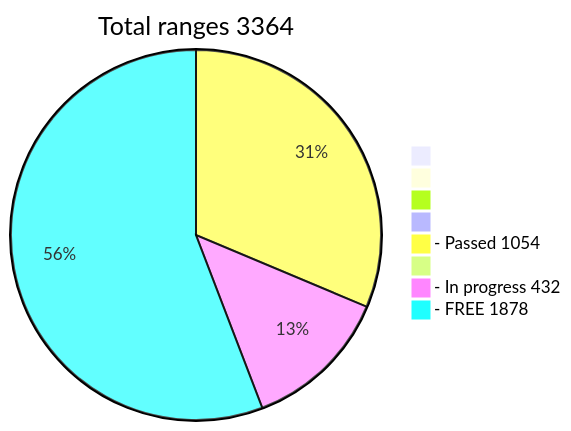
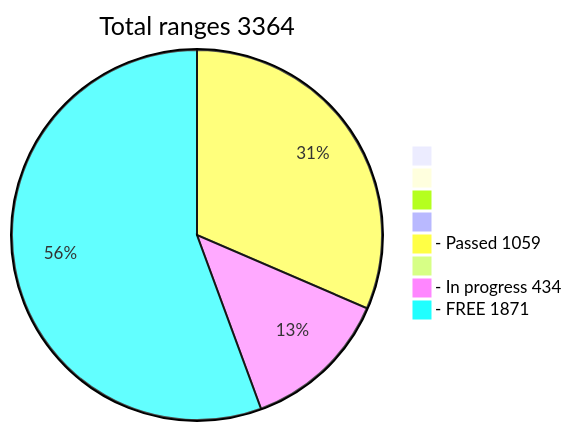
Before and after one commit to phrutis/wif500: the diagram in README.md, drawn with Mermaid.

````diff
--- a/README.md
+++ b/README.md
@@ -16,12 +16,12 @@
 ```mermaid
 pie title Total ranges 3364
              " " : 0
             "  " : 0
            "   " : 0
           "    " : 0
-  "- Passed 1054" : 1054
+  "- Passed 1059" : 1059
          "     " : 0
-  "- In progress 432" : 432
-   "- FREE 1878" : 1878
+  "- In progress 434" : 434
+   "- FREE 1871" : 1871
    
 ```
````
